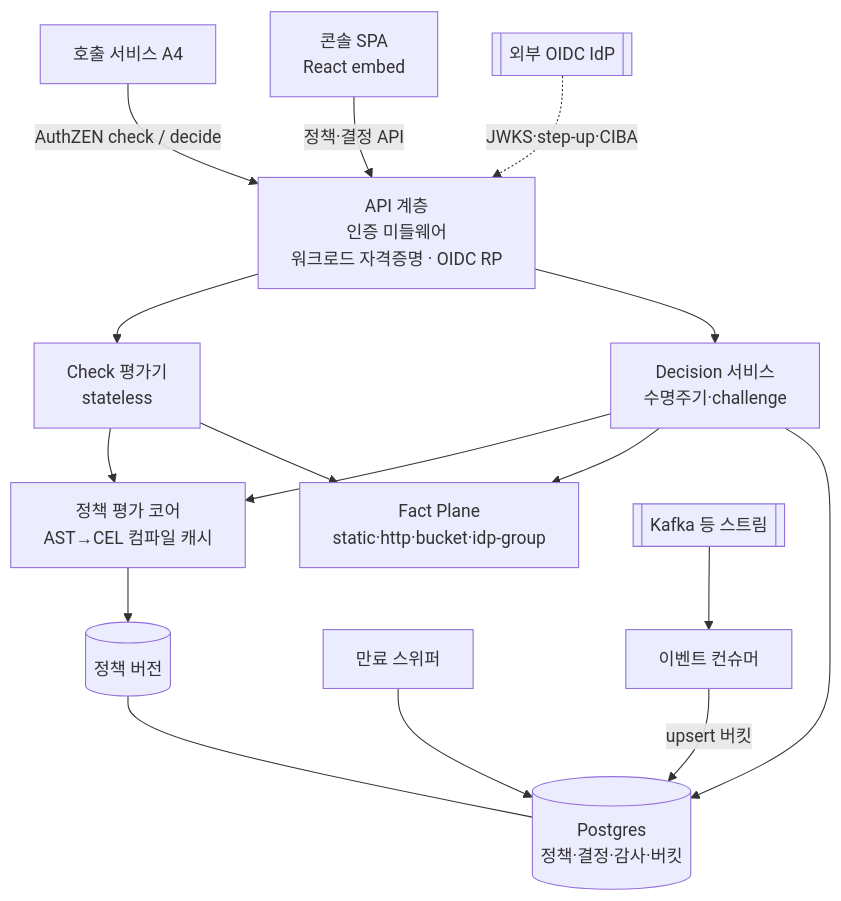
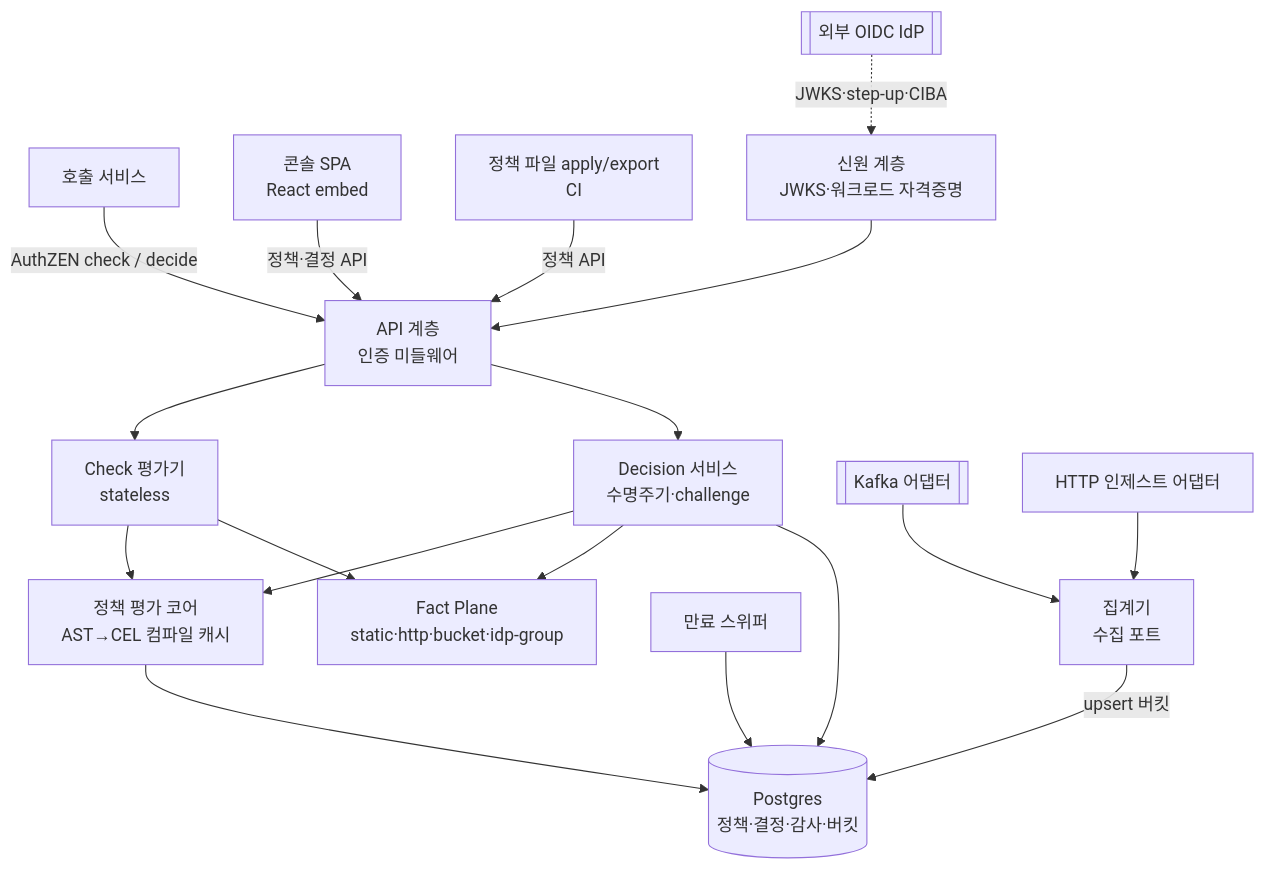
Before and after one commit to d0lim/stamp: the second of 5 diagrams in docs/plans/2026-08-07-001-feat-stamp-feature-map-plan.md, drawn with Mermaid. The commit also changed other lines of this file, not shown here.

````diff
--- a/docs/plans/2026-08-07-001-feat-stamp-feature-map-plan.md
+++ b/docs/plans/2026-08-07-001-feat-stamp-feature-map-plan.md
@@ -299,18 +339,20 @@
 ```mermaid
 flowchart TB
-    PEP[호출 서비스 A4] -->|AuthZEN check / decide| API[API 계층<br/>인증 미들웨어<br/>워크로드 자격증명 · OIDC RP]
+    PEP[호출 서비스] -->|AuthZEN check / decide| API[API 계층<br/>인증 미들웨어]
     CON[콘솔 SPA<br/>React embed] -->|정책·결정 API| API
+    CLI[정책 파일 apply/export<br/>CI] -->|정책 API| API
     API --> CHK[Check 평가기<br/>stateless]
     API --> DEC[Decision 서비스<br/>수명주기·challenge]
     CHK --> EVAL[정책 평가 코어<br/>AST→CEL 컴파일 캐시]
     DEC --> EVAL
     CHK --> FACT[Fact Plane<br/>static·http·bucket·idp-group]
     DEC --> FACT
     DEC --> PG[(Postgres<br/>정책·결정·감사·버킷)]
-    EVAL --> PGP[(정책 버전)]
-    PGP --- PG
+    EVAL --> PG
     SWP[만료 스위퍼] --> PG
-    CSM[이벤트 컨슈머] -->|upsert 버킷| PG
-    KFK[[Kafka 등 스트림]] --> CSM
-    IDP[[외부 OIDC IdP]] -.->|JWKS·step-up·CIBA| API
+    CSM[집계기<br/>수집 포트] -->|upsert 버킷| PG
+    KFK[[Kafka 어댑터]] --> CSM
+    ING[HTTP 인제스트 어댑터] --> CSM
+    IDT[신원 계층<br/>JWKS·워크로드 자격증명] --> API
+    IDP[[외부 OIDC IdP]] -.->|JWKS·step-up·CIBA| IDT
 ```
````
